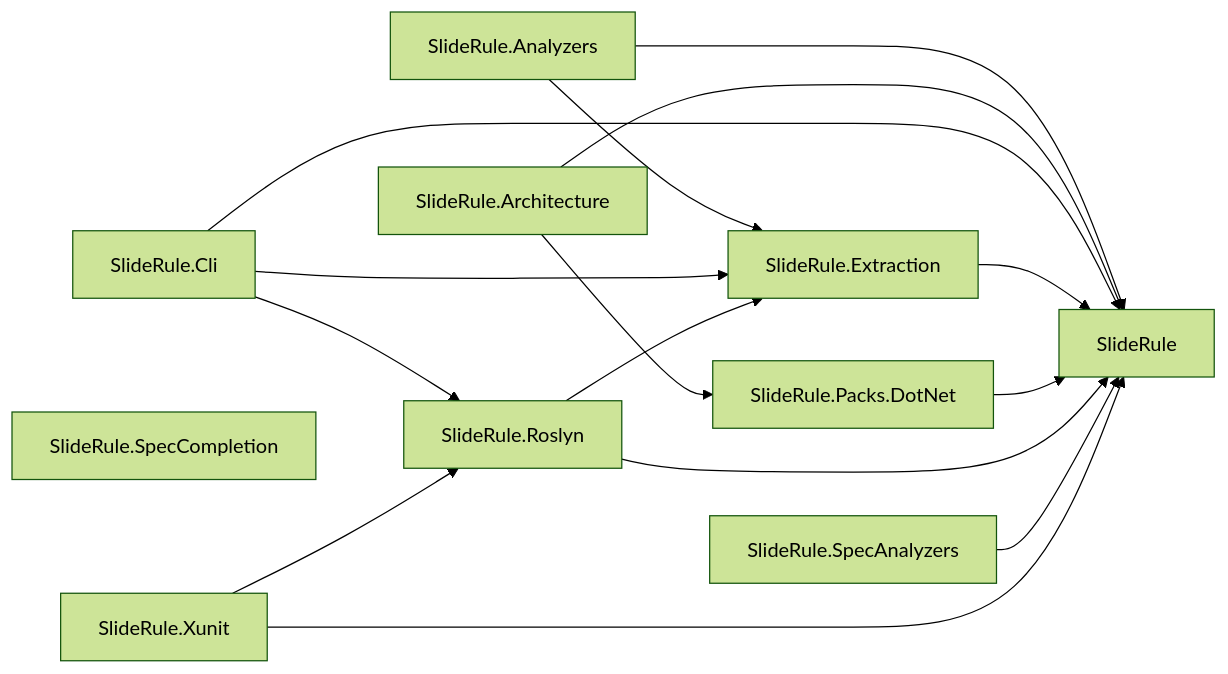
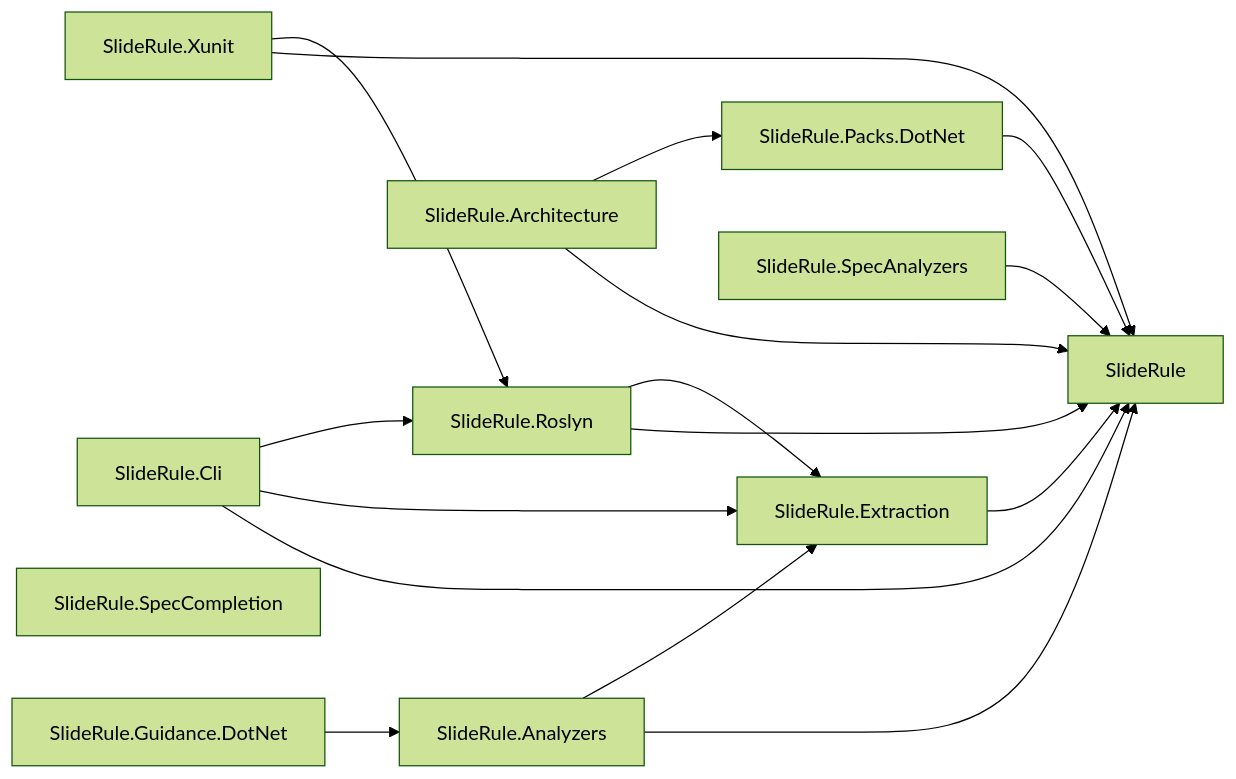
The first of 2 diagrams in ARCHITECTURE.md (andypgray/sliderule), drawn with Mermaid (forest theme) before and after one commit. The commit also changed other lines of this file and 73 other files, not shown here.

````diff
--- a/ARCHITECTURE.md
+++ b/ARCHITECTURE.md
@@ -19,31 +19,33 @@
 ```mermaid
 flowchart LR
     accTitle: Codebase survey: SlideRule.slnx
     accDescr: Projects in this solution and their cross-project references.
 
     p_SlideRule["SlideRule"]
     p_SlideRule_Analyzers["SlideRule.Analyzers"]
     p_SlideRule_Architecture["SlideRule.Architecture"]
     p_SlideRule_Cli["SlideRule.Cli"]
     p_SlideRule_Extraction["SlideRule.Extraction"]
+    p_SlideRule_Guidance_DotNet["SlideRule.Guidance.DotNet"]
     p_SlideRule_Packs_DotNet["SlideRule.Packs.DotNet"]
     p_SlideRule_Roslyn["SlideRule.Roslyn"]
     p_SlideRule_SpecAnalyzers["SlideRule.SpecAnalyzers"]
     p_SlideRule_SpecCompletion["SlideRule.SpecCompletion"]
     p_SlideRule_Xunit["SlideRule.Xunit"]
 
     p_SlideRule_Analyzers --> p_SlideRule
     p_SlideRule_Analyzers --> p_SlideRule_Extraction
     p_SlideRule_Architecture --> p_SlideRule
     p_SlideRule_Architecture --> p_SlideRule_Packs_DotNet
     p_SlideRule_Cli --> p_SlideRule
     p_SlideRule_Cli --> p_SlideRule_Extraction
     p_SlideRule_Cli --> p_SlideRule_Roslyn
     p_SlideRule_Extraction --> p_SlideRule
+    p_SlideRule_Guidance_DotNet --> p_SlideRule_Analyzers
     p_SlideRule_Packs_DotNet --> p_SlideRule
     p_SlideRule_Roslyn --> p_SlideRule
     p_SlideRule_Roslyn --> p_SlideRule_Extraction
     p_SlideRule_SpecAnalyzers --> p_SlideRule
     p_SlideRule_Xunit --> p_SlideRule
     p_SlideRule_Xunit --> p_SlideRule_Roslyn
 ```
````
